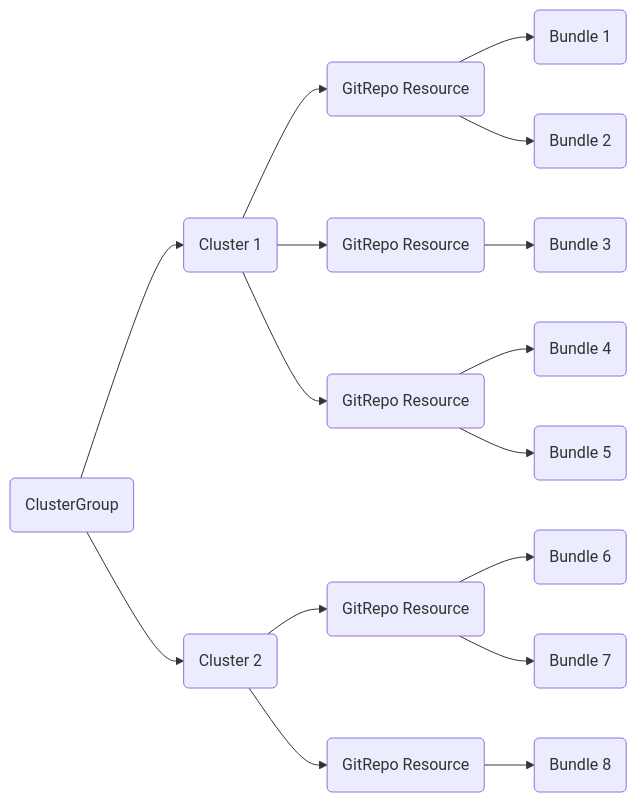
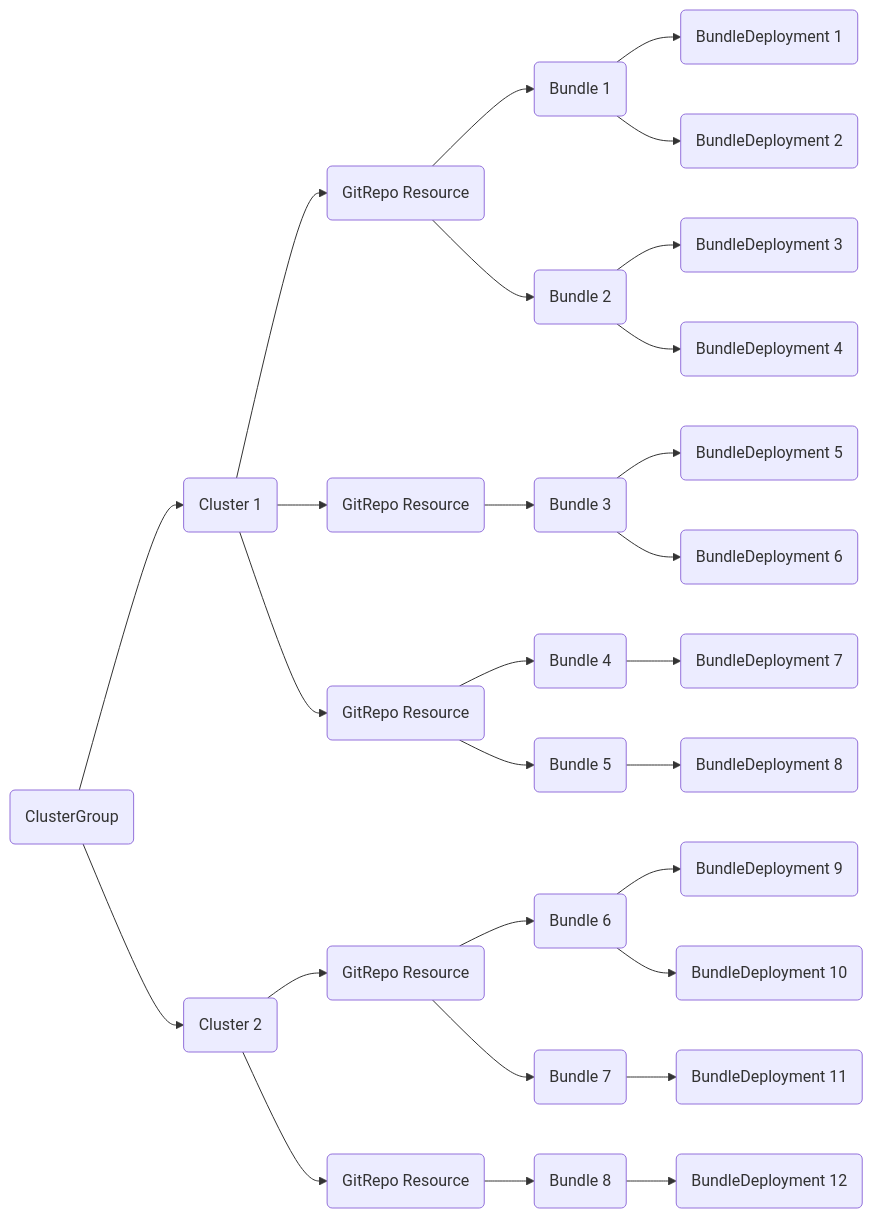
The diagram in images/dashboard-org-from-clustergroup-with-paths.mmd (p-se/fleet-dashboards-for-support), drawn with Mermaid before and after one commit. The commit also changed 11 other files, not shown here.

```diff
--- a/images/dashboard-org-from-clustergroup-with-paths.mmd
+++ b/images/dashboard-org-from-clustergroup-with-paths.mmd
@@ -1,27 +1,53 @@
 flowchart LR
     GR1(GitRepo Resource)
     GR2(GitRepo Resource)
     GR3(GitRepo Resource)
     GR4(GitRepo Resource)
     GR5(GitRepo Resource)
     C1(Cluster 1)
     C2(Cluster 2)
     CG(ClusterGroup)
 
     C1 --> GR1
     C1 --> GR2
     C1 --> GR3
     C2 --> GR4
     C2 --> GR5
 
     GR1 --> BD1(Bundle 1)
     GR1 --> BD2(Bundle 2)
     GR2 --> BD3(Bundle 3)
     GR3--> BD4(Bundle 4)
     GR3--> BD5(Bundle 5)
     GR4--> BD6(Bundle 6)
     GR4--> BD7(Bundle 7)
     GR5--> BD8(Bundle 8)
 
     CG --> C1
     CG --> C2
+
+    BDD1(BundleDeployment 1)
+    BDD2(BundleDeployment 2)
+    BDD3(BundleDeployment 3)
+    BDD4(BundleDeployment 4)
+    BDD5(BundleDeployment 5)
+    BDD6(BundleDeployment 6)
+    BDD7(BundleDeployment 7)
+    BDD8(BundleDeployment 8)
+    BDD9(BundleDeployment 9)
+    BDD10(BundleDeployment 10)
+    BDD11(BundleDeployment 11)
+    BDD12(BundleDeployment 12)
+
+    BD1 --> BDD1
+    BD1 --> BDD2
+    BD2 --> BDD3
+    BD2 --> BDD4
+    BD3 --> BDD5
+    BD3 --> BDD6
+    BD4 --> BDD7
+    BD5 --> BDD8
+    BD6 --> BDD9
+    BD6 --> BDD10
+    BD7 --> BDD11
+    BD8 --> BDD12
```
